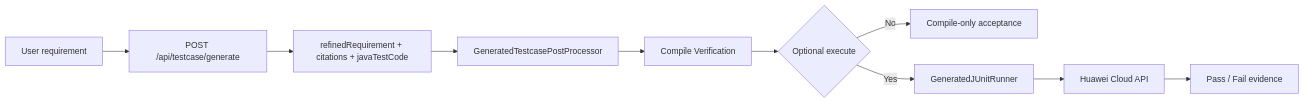
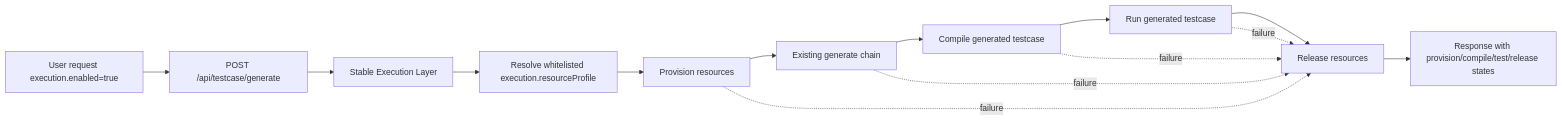
The diagram in docs/TESTCASE_GENERATION_V3_CURRENT.md (GuIIWen/ascend_cloud_agent), drawn with Mermaid before and after one commit. The commit also changed other lines of this file and 28 other files, not shown here.

Commit message:
feat: add testcase execution pipeline

````diff
--- a/docs/TESTCASE_GENERATION_V3_CURRENT.md
+++ b/docs/TESTCASE_GENERATION_V3_CURRENT.md
@@ -115,12 +169,17 @@
 ```mermaid
 flowchart LR
-    A[User requirement] --> B[POST /api/testcase/generate]
-    B --> C[refinedRequirement + citations + javaTestCode]
-    C --> D[GeneratedTestcasePostProcessor]
-    D --> E[Compile Verification]
-    E --> F{Optional execute}
-    F -->|No| G[Compile-only acceptance]
-    F -->|Yes| H[GeneratedJUnitRunner]
-    H --> I[Huawei Cloud API]
-    I --> J[Pass / Fail evidence]
+    A[User request execution.enabled=true] --> B[POST /api/testcase/generate]
+    B --> C[Stable Execution Layer]
+    C --> D[Resolve whitelisted execution.resourceProfile]
+    D --> E[Provision resources]
+    E --> F[Existing generate chain]
+    F --> G[Compile generated testcase]
+    G --> H[Run generated testcase]
+    H --> I[Release resources]
+    I --> J[Response with provision/compile/test/release states]
+
+    E -. failure .-> I
+    F -. failure .-> I
+    G -. failure .-> I
+    H -. failure .-> I
 ```
````
